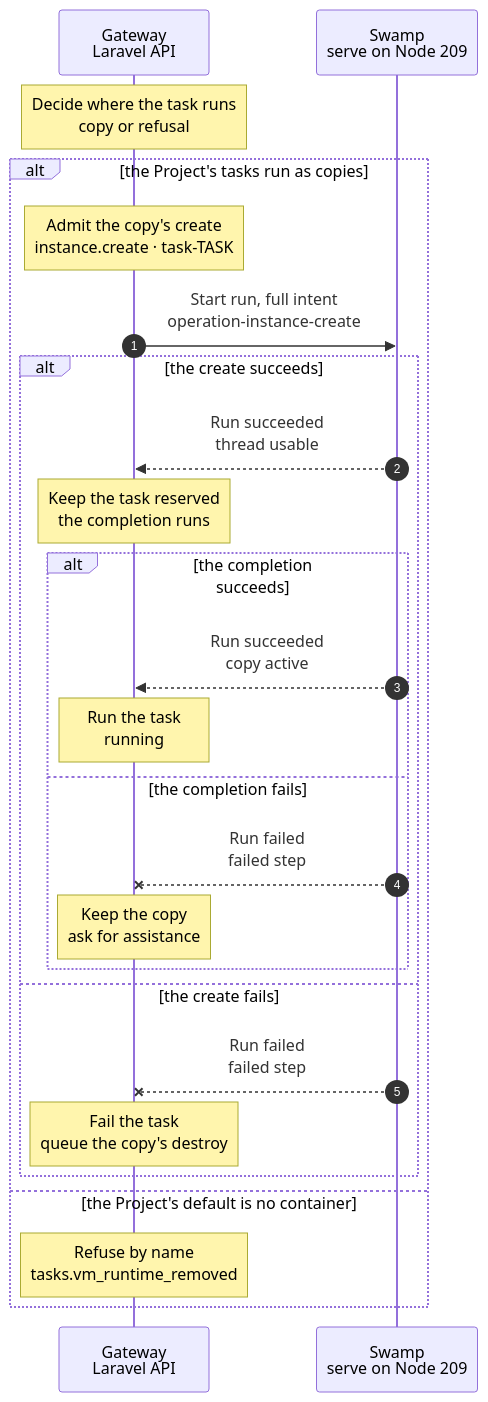
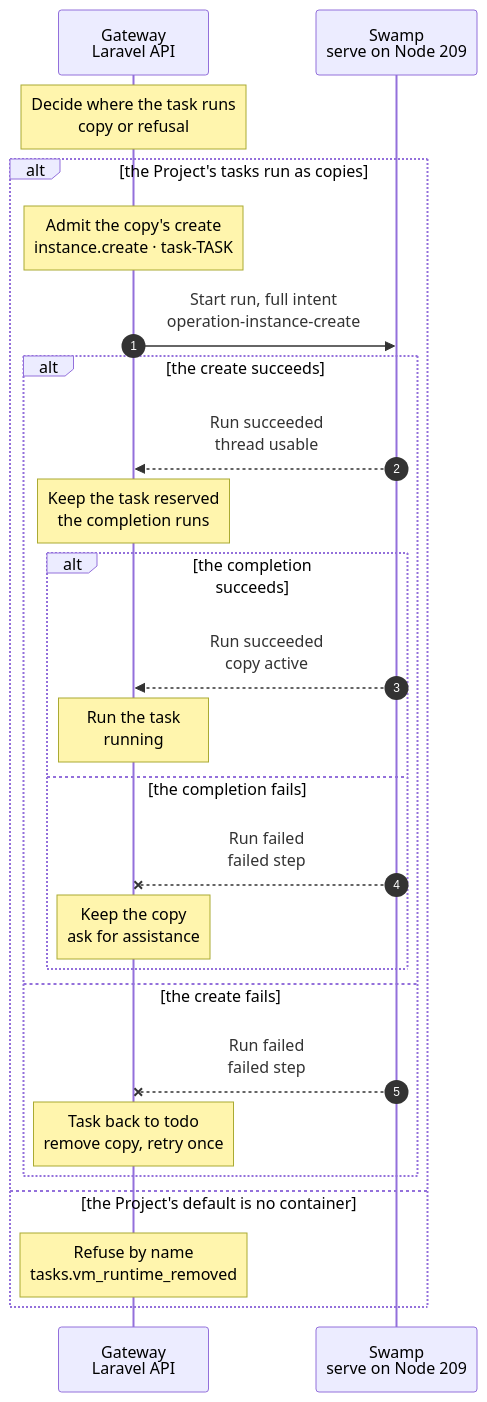
The diagram in docs/cli/task/start.mmd (hardimpactdev/orbit), drawn with Mermaid before and after one commit. The commit also changed 3 other files, not shown here.

First line of the commit message:
docs(tasks): a failed copy create retries once and returns the task to todo

```diff
--- a/docs/cli/task/start.mmd
+++ b/docs/cli/task/start.mmd
@@ -1,80 +1,86 @@
 sequenceDiagram
   %% Target design: a task starts as a copy of its Project's default Instance, a clone `task-<id>` that the task owns (nested-fleet Projects since 2026-11-13).
   %% Nick 2026-11-14: every Project whose default Instance is a container gets task groups as copies too; a plain clone, with no inner fleet.
   %% Orchestrator 2026-11-15 (step 5): task VMs are removed. A Project whose default is no container is refused by name; the VM claim and its queue are gone.
   %% Orchestrator 2026-11-15 (task small fixes): the CLI waits for an active copy by default, as instance:create --wait-active; the API stays asynchronous.
+  %% Orchestrator 2026-11-16 (task 5634): a failed create no longer ends the task: it goes back to todo, the create starts once more after the copy is gone, and a second failure asks for assistance.
   %% status: draft
   %% command: task:start
   %% kind: tasks.provision
   autonumber
   %% lane GW icon=gateway pill=intent tone=blue
   %% lane SW icon=workflow pill=executes tone=green
   participant GW as Gateway<br/>Laravel API
   participant SW as Swamp<br/>serve on Node 209
   Note over GW: Decide where the task runs<br/>copy or refusal
   %%> What it does:
   %%> - `InstancePlacement::taskCopy` decides once: a Project with `nested_fleet` on, or whose default Instance is a container, starts the task as a copy of that default; any other Project is refused
   %%> - no other step decides it; later steps follow the group's own workspace
   alt the Project's tasks run as copies
     Note over GW: Admit the copy's create<br/>instance.create · task-TASK
     %%> Requirements:
     %%> - the task is in todo and holds no workspace; otherwise `tasks.not_todo` or `tasks.group_closed`
     %%> - the Project's default Instance is active, with a seed snapshot, and runs or sleeps; otherwise HTTP 409 `tasks.copy_source_unavailable`, also for a default stopped by hand, and nothing is recorded
     %%> - before the transaction, one bounded read of the default's container (at most about 6 s) confirms it runs or sleeps: its power record can be stale after a stop by hand; a container that does not run and has no asleep marker, or that cannot be read, refuses the same way
     %%> - an asleep default stays asleep: the copy clones its seed snapshot, which needs no running container
     %%> - no Instance is named `task-TASK` yet; otherwise `tasks.copy_name_taken`
+    %%> - the task holds no copy of a failed create that Orbit still removes; otherwise `tasks.copy_removing`
     %%> - for a nested-fleet Project only: the default's Node holds fewer nested-fleet task copies than the Gateway's `ORBIT_TASKS_COPIES_MAX` (default 1); every nested copy that a task owns counts, also one that fails or is being destroyed; otherwise `tasks.copy_capacity_full`, with no wait. A copy of any other Project is a plain clone: it neither counts nor waits
     %%> - before the transaction, one bounded read of the Node's ID ranges (at most about 4 s): root's subordinate range and every container's ID map, stopped ones too; an unreadable Node refuses, `tasks.copy_id_ranges_unreadable`
     %%> - with the copy placed as Incus places ranges, a free isolated ID range stays for the next seed of every default on the Node; a container that an open create admitted counts as held; otherwise `tasks.copy_id_range_full`, with no wait, also for a plain clone
     %%> What it does:
     %%> - one transaction: the clone `task-TASK` on branch `task-TASK`, owned by the task and bound to it, the task `reserved`, and the `instance.create` Operation that the API returns at once
     %%> - the CLI follows that create and then its completion, `result.completion_operation_id`, and reads the copy: it exits 0 only when the copy is `active`, as `instance:create --wait-active` does. `--no-wait` ends at the create. An API caller polls the same: the create, the completion, then the Instance's `status`
     %%> - Swamp starts the run only after that commit: a Gateway that stops before it leaves no record and no run
     %%> Result:
     %%> - the create runs as every clone's does: the copy of the default's seed, its own database, Route and Processes, its inner fleet when the Project has one, its T3 server registered with Conn (the container create chart)
     %%> - the copy presents itself as `task-<task id>.<project slug>`: its T3 server's name, and its hostname when the slug is a lowercase DNS label and the name fits 63 characters, else the long form; its Incus name stays `instance-<id>`
     %%> - the copy's agent gets the fixed task model key, as every clone does: it is not per task
     GW->>SW: Start run, full intent<br/>operation-instance-create
     alt the create succeeds
       SW-->>GW: Run succeeded<br/>thread usable
       Note over GW: Keep the task reserved<br/>the completion runs
       %%> What it does:
       %%> - a succeeded create means the copy's thread is usable: its T3 server is registered; the copy stays `source_resolved` and its `instance.complete` sets up the database, the Processes and a nested copy's inner fleet
       %%> - while the completion runs, a turn, a check, a publish and a proof answer `tasks.copy_not_ready`
       alt the completion succeeds
         SW-->>GW: Run succeeded<br/>copy active
         Note over GW: Run the task<br/>running
         %%> When:
         %%> - the completion succeeded and the copy is `active`: fully set up, a nested copy with its healthy fleet
         %%> - after a retried completion, the task also drops the assistance that the failed completion recorded, and only that request
       else the completion fails
         SW--xGW: Run failed<br/>failed step
         Note over GW: Keep the copy<br/>ask for assistance
         %%> On failure:
         %%> - every end of the completion but success and an expired run budget counts: a failed or interrupted run, a completion the create could not admit, a cancel
         %%> - an agent may already have worked in the copy, so Orbit removes nothing: no destroy is queued
         %%> - the task stays `reserved` and keeps its copy; `task:cancel` still works, with its read of the copy's work
         %%> - the task records a failure assistance request, unless a direction request is open: it names the completion Operation, its failed step, its error code and the retry `orbit instance:complete ID`; `task:show` and `task:status` show it
         %%> - a turn, a check, a publish and a proof of the task answer HTTP 409 `tasks.copy_completion_failed`, with `operation_id`, `failed_step`, `error_code` and `retry` in the details: the copy's Processes and inner fleet did not start, and a retry may run at the same time
         %%> - `task:start` keeps refusing the reserved task; the retry is `orbit instance:complete ID`, and while it runs a turn, a check, a publish and a proof answer `tasks.copy_not_ready`
         %%> - an expired budget changes nothing: the run may still be stopping, so the task stays `reserved` with its copy
       end
     else the create fails
       SW--xGW: Run failed<br/>failed step
-      Note over GW: Fail the task<br/>queue the copy's destroy
+      Note over GW: Task back to todo<br/>remove copy, retry once
       %%> On failure:
-      %%> - every end of the create but success and an expired run budget counts: a failed run, a start that Swamp refuses, a cancel before the run starts
-      %%> - the task is `failed` and still owns the copy; a queued job removes the copy with `instance:destroy` with force
+      %%> - every end of the create but success, a cancel and an expired run budget counts: a failed run, a failed register or baseline read, a start that Swamp refuses
+      %%> - the task goes back to `todo` and still owns the copy until its destroy; a queued job removes the copy with `instance:destroy` with force
+      %%> - the first failure is recorded on the task: its Operation, failed step and error code; when the destroy succeeds, Orbit starts the create once more for the same task, as its first caller
+      %%> - the retry's failure, or a retry that the start refuses, leaves the task in `todo` with no workspace and records a failure assistance request that names both Operations, their failed steps and their error codes; `task:show` shows it; no third create starts
+      %%> - `task:start` of that task works once the copy is gone; while it is still bound, `tasks.copy_removing`; a copy that comes up `active` clears that request
+      %%> - a cancel of the create, and the create of a proof's copy, fail the task as before: nothing starts again
       %%> - the job destroys at once only when the records prove that no agent could have worked in the copy: the create did not succeed and no T3 server is registered for it
       %%> - otherwise it first reads the copy's work as `task:cancel` does and destroys only a clean copy; a copy with work origin lacks, or a read that does not answer, stays, and the task records a `removal_failure` assistance request with the unpushed, uncommitted, untracked and stash counts, or the read's reason, and `orbit task:cancel TASK`, with `--discard` if the work is not wanted
       %%> - an expired budget changes nothing: the run may still be stopping, so the task stays `reserved` with its copy
       %%> - while the task keeps the copy, `task:cancel` admits its destroy, and `orbit instance:destroy ID --yes --force` does too
     end
   else the Project's default is no container
     Note over GW: Refuse by name<br/>tasks.vm_runtime_removed
     %%> Result:
     %%> - HTTP 422 `tasks.vm_runtime_removed`: task VMs are removed, and a task runs only in a copy of its Project's default container Instance
     %%> - the message says what to do: move a checkout default into a container with instance:migrate, or create a container default with instance:create, then start the task and work in its copy
     %%> - nothing is recorded: the task stays `todo` with no workspace, and no Operation, VM, identity or wait exists
     %%> - every task VM command answers the same refusal first: a turn of a group without a copy, package and script; prep, prep-fix, build and review round are removed (docs/reference/old-paths.md#the-pi-task-loop)
   end
```
